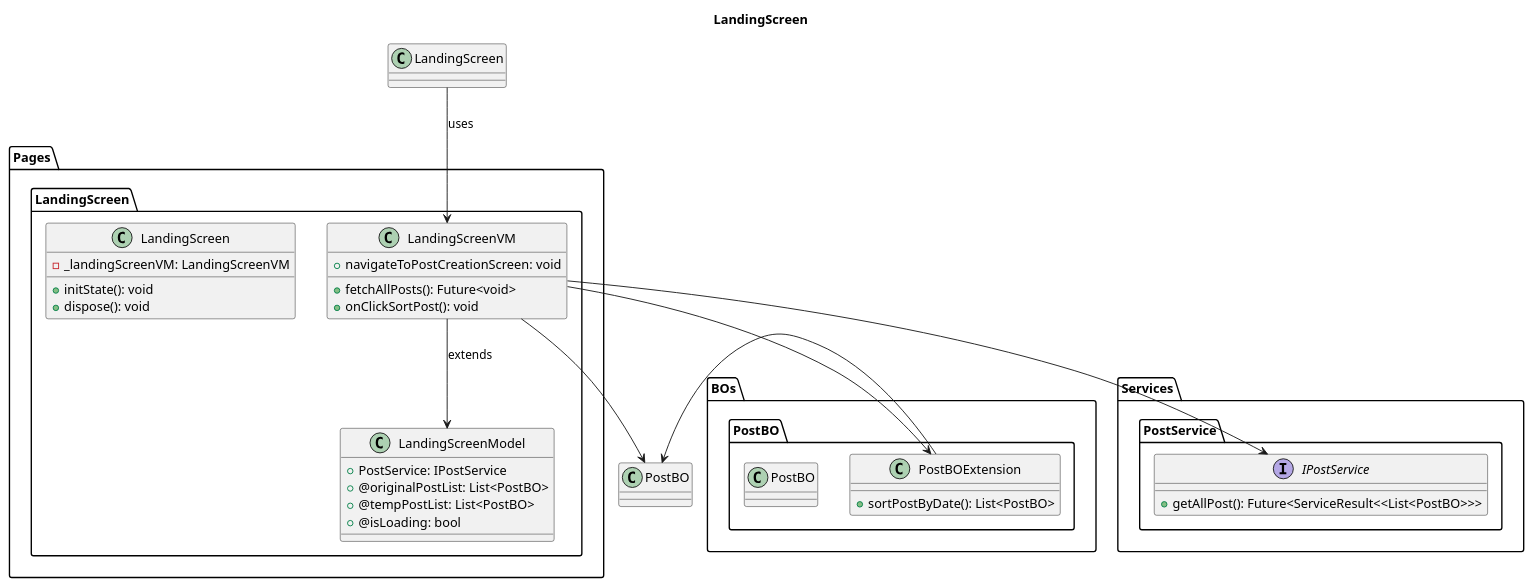
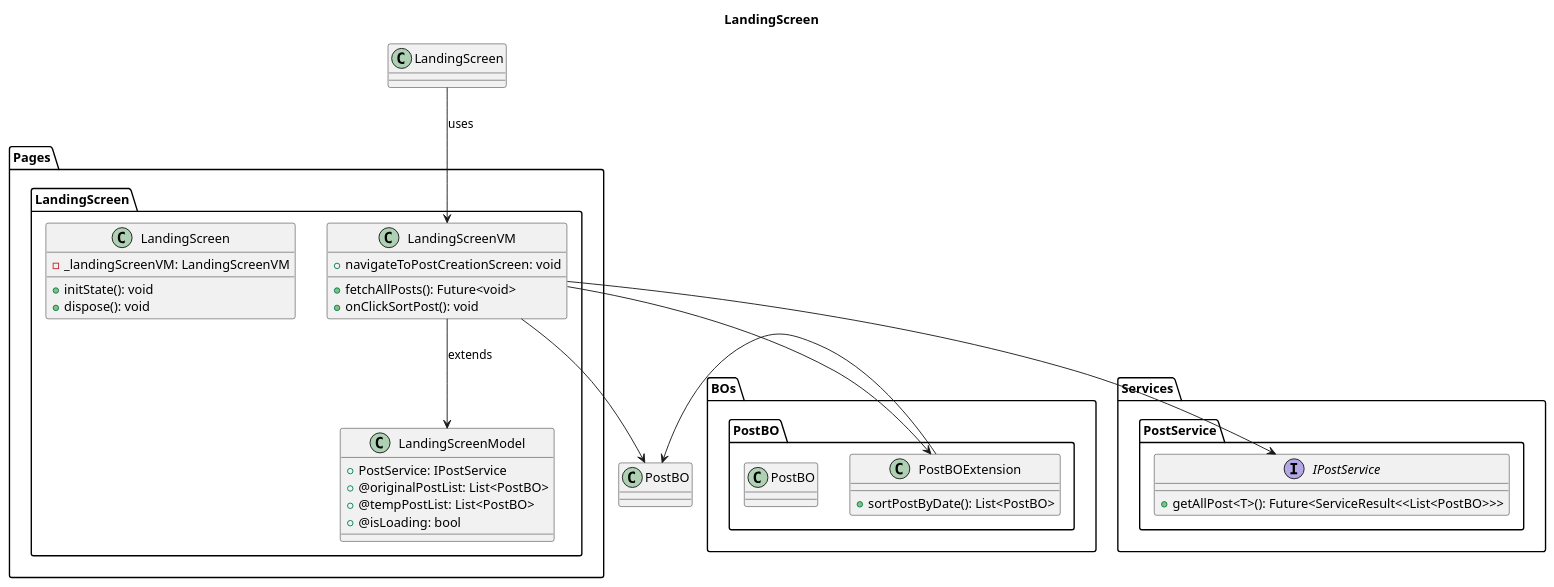
Before and after one commit to Sriram6122001/Project-Social-media-application: the diagram in lib/Pages/LandingScreen/Design/LandingScreen-Class.puml, drawn with PlantUML. The commit also changed 10 other files, not shown here.

```diff
--- a/lib/Pages/LandingScreen/Design/LandingScreen-Class.puml
+++ b/lib/Pages/LandingScreen/Design/LandingScreen-Class.puml
@@ -1,50 +1,50 @@
 @startuml LandingScreen Class Diagram 
 
 title LandingScreen
 package Pages{
     package LandingScreen{
         Class LandingScreen{
             - _landingScreenVM: LandingScreenVM
             + initState(): void 
             + dispose(): void        
         }
         class LandingScreenVM{
             + fetchAllPosts(): Future<void>
             + onClickSortPost(): void 
             + navigateToPostCreationScreen: void
         }
         class LandingScreenModel{
             + PostService: IPostService
             + @originalPostList: List<PostBO>
             + @tempPostList: List<PostBO>
             + @isLoading: bool
         }
     }
 }
 
 package BOs{
     package PostBO{
         Class PostBO{
         }
         Class PostBOExtension{
             + sortPostByDate(): List<PostBO>
         }
     }
 }
 
 package Services{
     package PostService{
         Interface IPostService{
-            + getAllPost(): Future<ServiceResult<<List<PostBO>>>
+            + getAllPost<T>(): Future<ServiceResult<<List<PostBO>>>
         }
     }
 }
 
 LandingScreen --> LandingScreenVM: uses
 LandingScreenVM --> LandingScreenModel: extends
 LandingScreenVM -> PostBO
 LandingScreenVM --> PostBOExtension
 LandingScreenVM --> IPostService
 PostBOExtension -> PostBO
 
 @enduml
```
